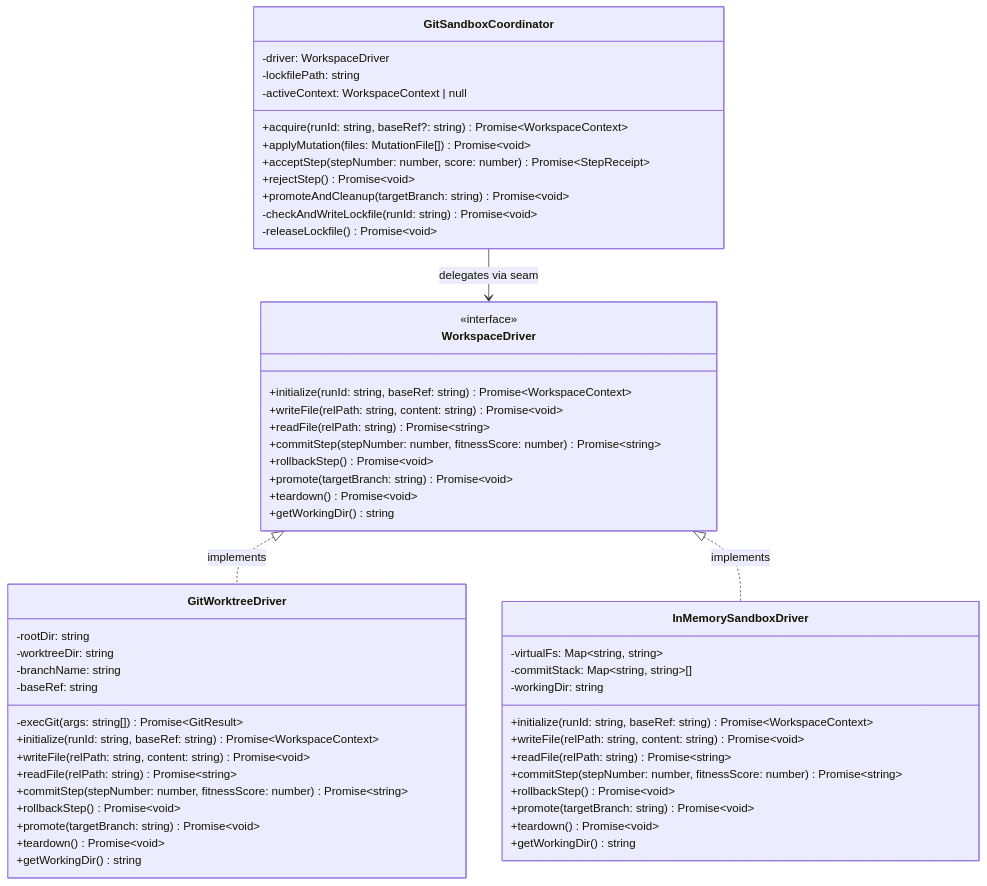
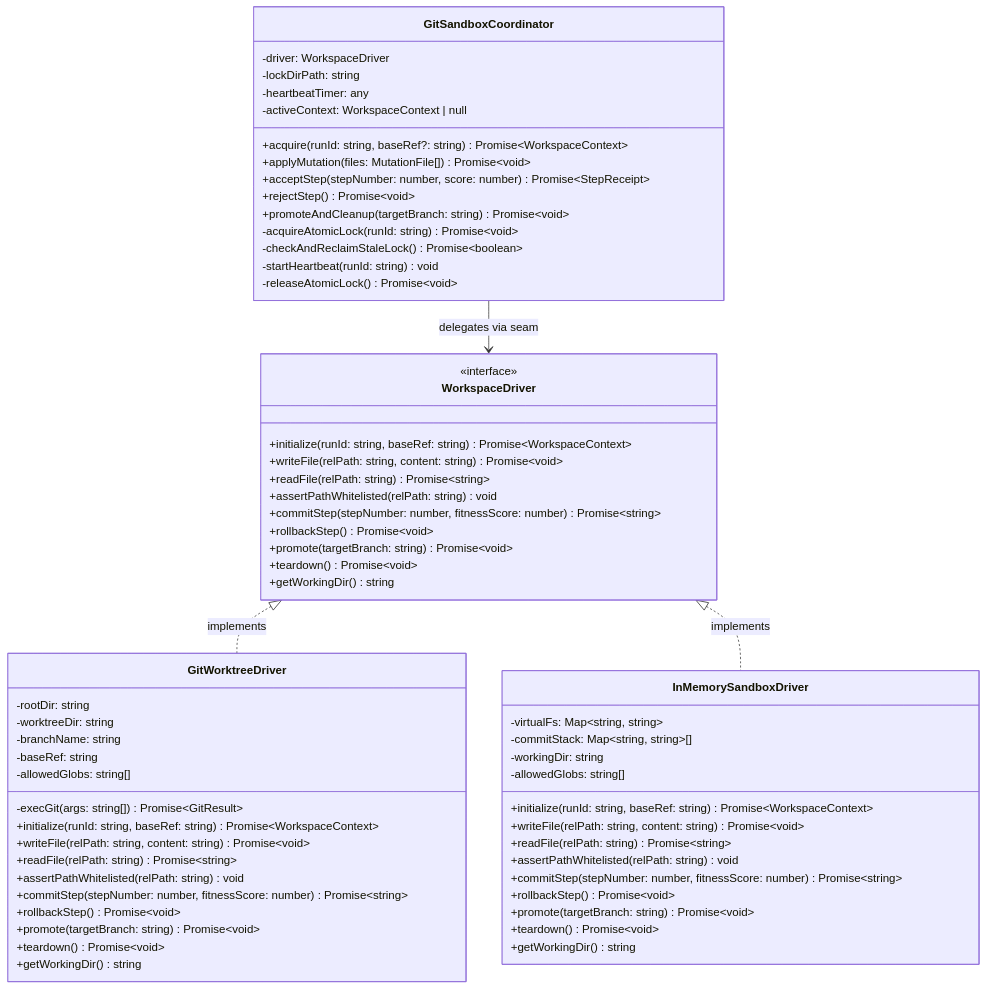
One commit to parth5012/perfgym changed the first of 9 diagrams in docs/LOW_LEVEL_DESIGN.md. Above: the diagram before and after it, drawn with Mermaid. The commit also changed other lines of this file and 1 other file, not shown here.

````diff
--- a/docs/LOW_LEVEL_DESIGN.md
+++ b/docs/LOW_LEVEL_DESIGN.md
@@ -32,61 +32,69 @@
 ```mermaid
 classDiagram
     class WorkspaceDriver {
         <<interface>>
         +initialize(runId: string, baseRef: string) Promise~WorkspaceContext~
         +writeFile(relPath: string, content: string) Promise~void~
         +readFile(relPath: string) Promise~string~
+        +assertPathWhitelisted(relPath: string) void
         +commitStep(stepNumber: number, fitnessScore: number) Promise~string~
         +rollbackStep() Promise~void~
         +promote(targetBranch: string) Promise~void~
         +teardown() Promise~void~
         +getWorkingDir() string
     }
 
     class GitWorktreeDriver {
         -rootDir: string
         -worktreeDir: string
         -branchName: string
         -baseRef: string
+        -allowedGlobs: string[]
         -execGit(args: string[]) Promise~GitResult~
         +initialize(runId: string, baseRef: string) Promise~WorkspaceContext~
         +writeFile(relPath: string, content: string) Promise~void~
         +readFile(relPath: string) Promise~string~
+        +assertPathWhitelisted(relPath: string) void
         +commitStep(stepNumber: number, fitnessScore: number) Promise~string~
         +rollbackStep() Promise~void~
         +promote(targetBranch: string) Promise~void~
         +teardown() Promise~void~
         +getWorkingDir() string
     }
 
     class InMemorySandboxDriver {
         -virtualFs: Map~string, string~
         -commitStack: Map~string, string~[]
         -workingDir: string
+        -allowedGlobs: string[]
         +initialize(runId: string, baseRef: string) Promise~WorkspaceContext~
         +writeFile(relPath: string, content: string) Promise~void~
         +readFile(relPath: string) Promise~string~
+        +assertPathWhitelisted(relPath: string) void
         +commitStep(stepNumber: number, fitnessScore: number) Promise~string~
         +rollbackStep() Promise~void~
         +promote(targetBranch: string) Promise~void~
         +teardown() Promise~void~
         +getWorkingDir() string
     }
 
     class GitSandboxCoordinator {
         -driver: WorkspaceDriver
-        -lockfilePath: string
+        -lockDirPath: string
+        -heartbeatTimer: any
         -activeContext: WorkspaceContext | null
         +acquire(runId: string, baseRef?: string) Promise~WorkspaceContext~
         +applyMutation(files: MutationFile[]) Promise~void~
         +acceptStep(stepNumber: number, score: number) Promise~StepReceipt~
         +rejectStep() Promise~void~
         +promoteAndCleanup(targetBranch: string) Promise~void~
-        -checkAndWriteLockfile(runId: string) Promise~void~
-        -releaseLockfile() Promise~void~
+        -acquireAtomicLock(runId: string) Promise~void~
+        -checkAndReclaimStaleLock() Promise~boolean~
+        -startHeartbeat(runId: string) void
+        -releaseAtomicLock() Promise~void~
     }
 
     WorkspaceDriver <|.. GitWorktreeDriver : implements
     WorkspaceDriver <|.. InMemorySandboxDriver : implements
     GitSandboxCoordinator --> WorkspaceDriver : delegates via seam
 ```
````
